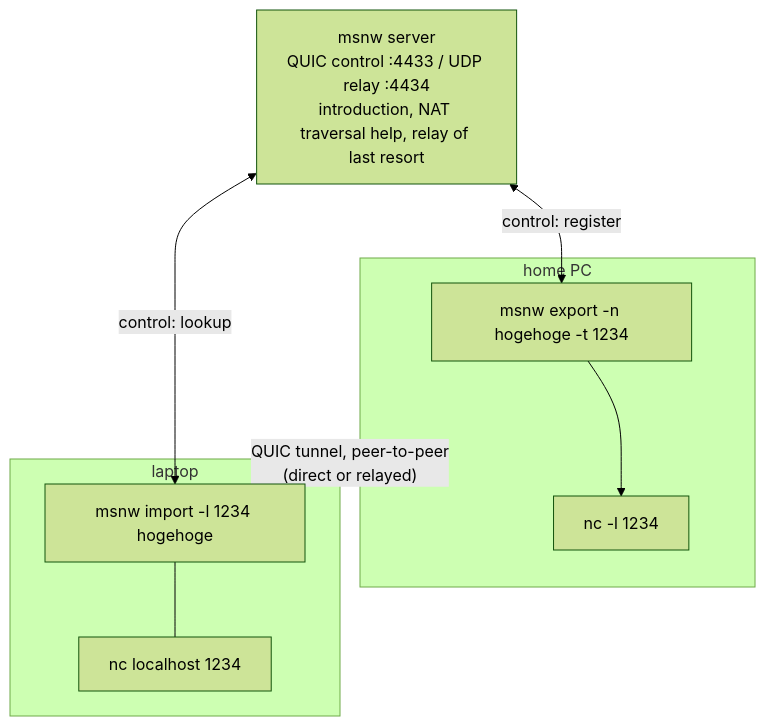
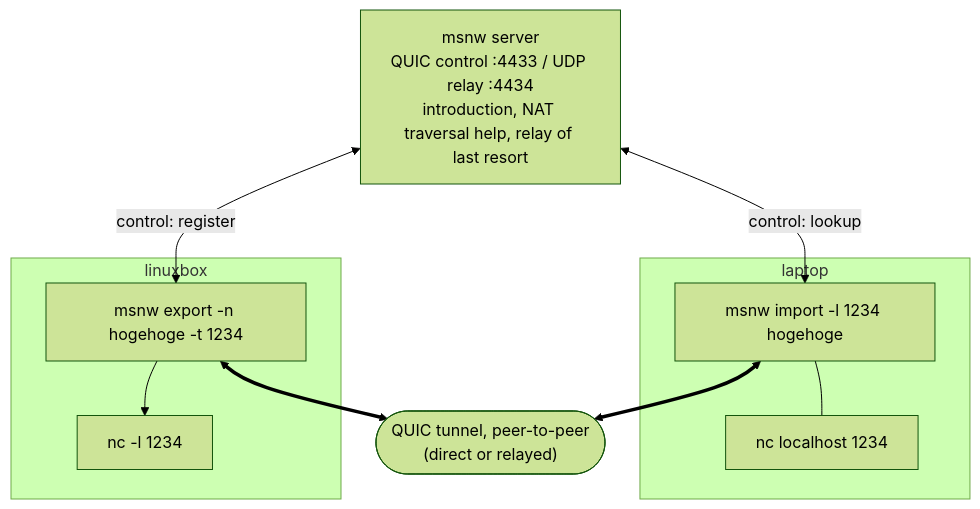
One commit to ikeji/mysmallnetwork changed the first of 7 diagrams in README.md. Above: the diagram before and after it, drawn with Mermaid (forest theme). The commit also changed other lines of this file and 6 other files, not shown here.

First line of the commit message:
README: importer wording, linuxbox examples, export/import http.server example

````diff
--- a/README.md
+++ b/README.md
@@ -8,13 +8,15 @@
 ```mermaid
 flowchart TB
     srv["msnw server<br/>QUIC control :4433 / UDP relay :4434<br/>introduction, NAT traversal help, relay of last resort"]
-    subgraph home["home PC"]
-        ex["msnw export -n hogehoge -t 1234"] --> svc["nc -l 1234"]
-    end
     subgraph laptop
         im["msnw import -l 1234 hogehoge"] --- app["nc localhost 1234"]
     end
+    subgraph linuxbox
+        ex["msnw export -n hogehoge -t 1234"] --> svc["nc -l 1234"]
+    end
+    tun(["QUIC tunnel, peer-to-peer<br/>(direct or relayed)"])
+    srv <-->|"control: lookup"| im
     srv <-->|"control: register"| ex
-    srv <-->|"control: lookup"| im
-    home <==>|"QUIC tunnel, peer-to-peer<br/>(direct or relayed)"| laptop
+    im <==> tun
+    ex <==> tun
 ```
````
